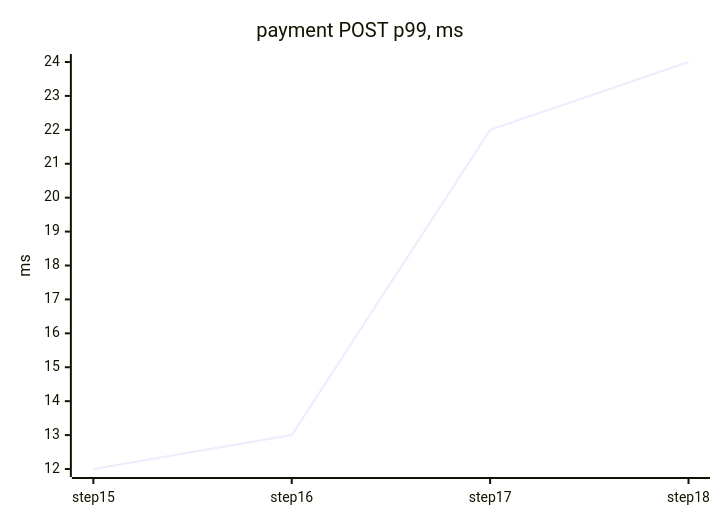
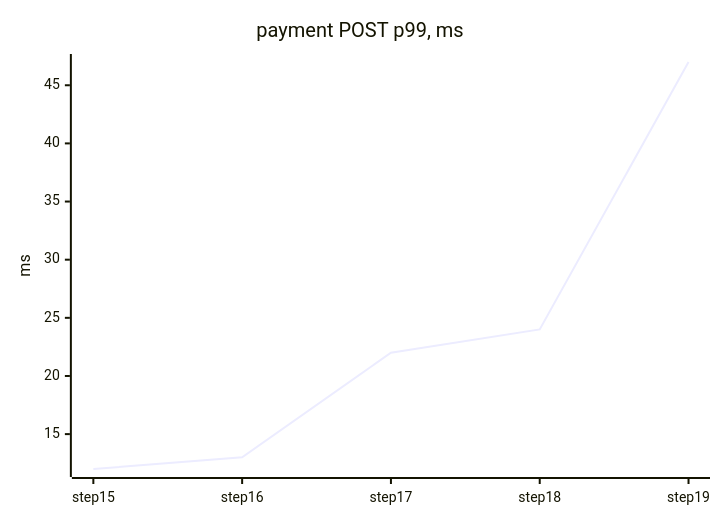
One commit to tanvoid0/ledgerflow changed the third of 4 diagrams in docs/perf/README.md. Above: the diagram before and after it, drawn with Mermaid. The commit also changed other lines of this file and 6 other files, not shown here.

````diff
--- a/docs/perf/README.md
+++ b/docs/perf/README.md
@@ -82,7 +85,7 @@
 ```mermaid
 xychart-beta
     title "payment POST p99, ms"
-    x-axis ["step15", "step16", "step17", "step18"]
+    x-axis ["step15", "step16", "step17", "step18", "step19"]
     y-axis "ms"
-    line [12, 13, 22, 24]
+    line [12, 13, 22, 24, 47]
 ```
````
